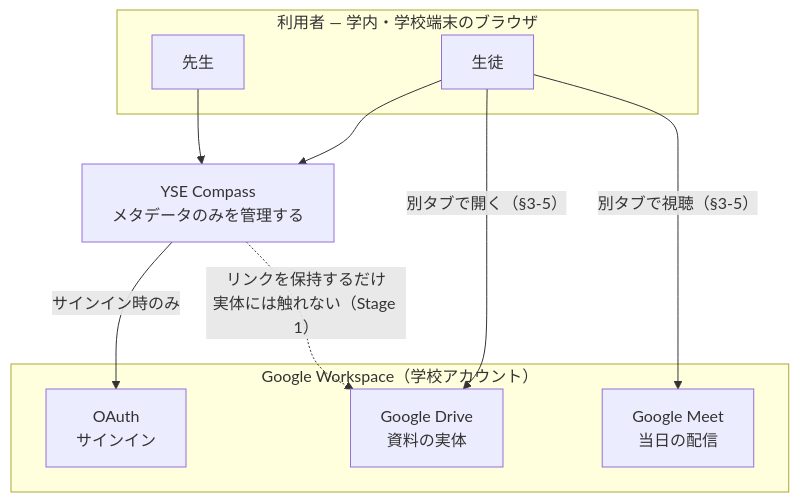
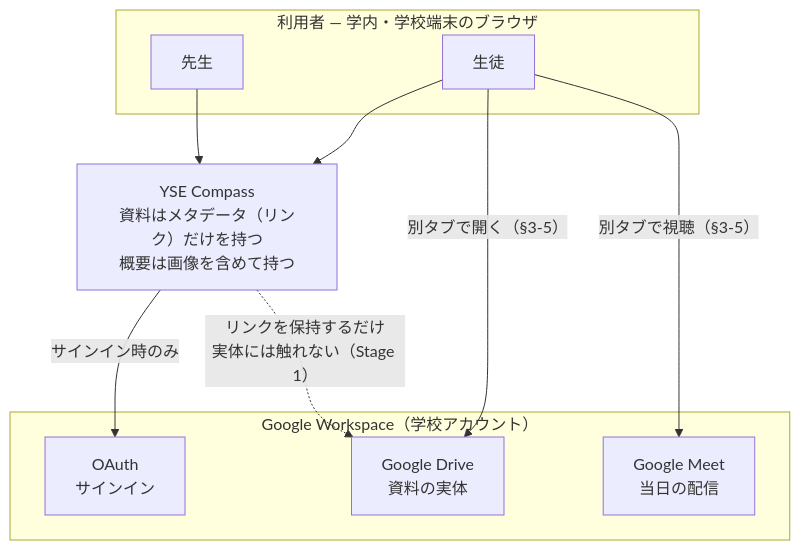
The second of 3 diagrams in docs/design/01-overview.md (250158hj-maker/yse_compass), drawn with Mermaid before and after one commit. The commit also changed other lines of this file and 8 other files, not shown here.

````diff
--- a/docs/design/01-overview.md
+++ b/docs/design/01-overview.md
@@ -151,22 +151,22 @@
 ```mermaid
 flowchart TB
     subgraph Users["利用者 — 学内・学校端末のブラウザ"]
         T["先生"]
         S["生徒"]
     end
 
-    APP["YSE Compass<br/>メタデータのみを管理する"]
+    APP["YSE Compass<br/>資料はメタデータ（リンク）だけを持つ<br/>概要は画像を含めて持つ"]
 
     subgraph GW["Google Workspace（学校アカウント）"]
         OAUTH["OAuth<br/>サインイン"]
         DRIVE["Google Drive<br/>資料の実体"]
         MEET["Google Meet<br/>当日の配信"]
     end
 
     T --> APP
     S --> APP
     APP -->|"サインイン時のみ"| OAUTH
     APP -.->|"リンクを保持するだけ<br/>実体には触れない（Stage 1）"| DRIVE
     S -->|"別タブで開く（§3-5）"| DRIVE
     S -->|"別タブで視聴（§3-5）"| MEET
 ```
````
